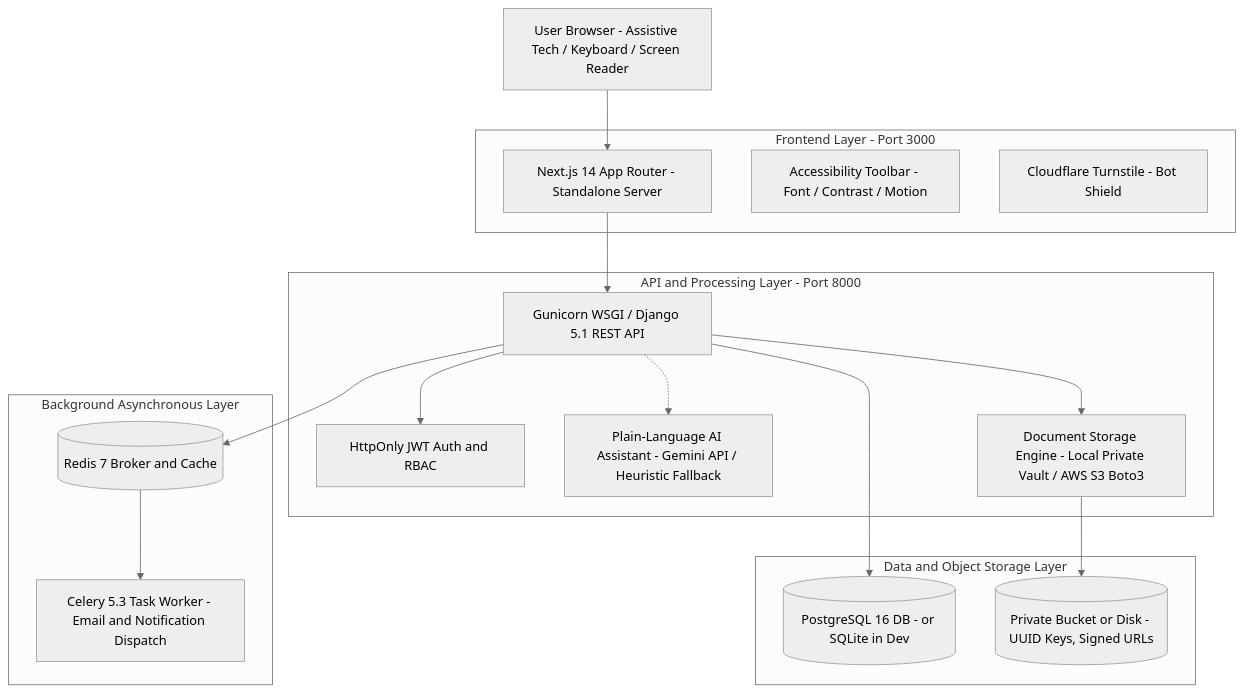
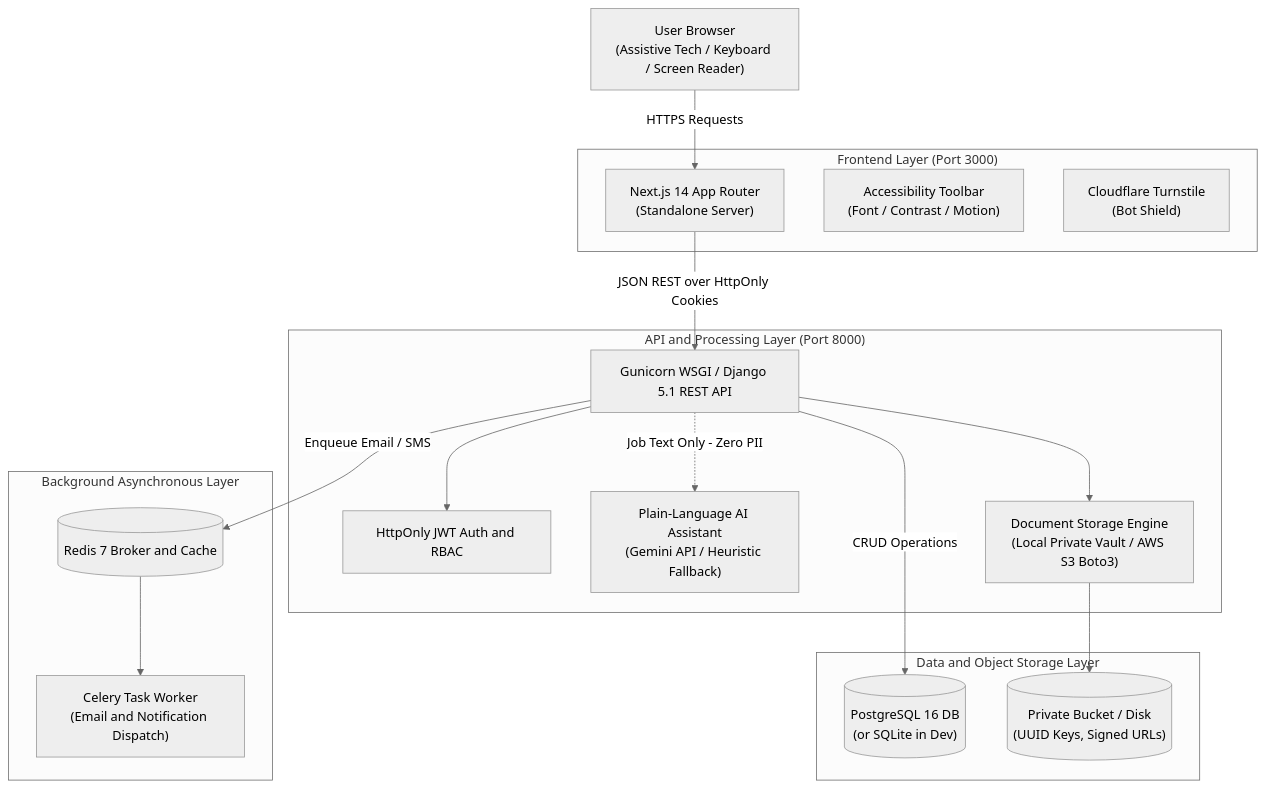
The diagram in README.md (Hetk8406/Udyog-Saarthi-SIH-23), drawn with Mermaid (neutral theme) before and after one commit. The commit also changed other lines of this file, not shown here.

Commit message:
docs: refine README claims, commands, statuses, mermaid syntax, and screenshot rendering

````diff
--- a/README.md
+++ b/README.md
@@ -195,37 +194,37 @@
 ```mermaid
 flowchart TD
-    User["User Browser - Assistive Tech / Keyboard / Screen Reader"]
+    User["User Browser<br/>(Assistive Tech / Keyboard / Screen Reader)"]
 
-    subgraph Frontend["Frontend Layer - Port 3000"]
-        NextJS["Next.js 14 App Router - Standalone Server"]
-        A11yBar["Accessibility Toolbar - Font / Contrast / Motion"]
-        Turnstile["Cloudflare Turnstile - Bot Shield"]
+    subgraph Frontend["Frontend Layer (Port 3000)"]
+        NextJS["Next.js 14 App Router<br/>(Standalone Server)"]
+        A11yBar["Accessibility Toolbar<br/>(Font / Contrast / Motion)"]
+        Turnstile["Cloudflare Turnstile<br/>(Bot Shield)"]
     end
 
-    subgraph Backend["API and Processing Layer - Port 8000"]
+    subgraph Backend["API and Processing Layer (Port 8000)"]
         Gunicorn["Gunicorn WSGI / Django 5.1 REST API"]
         AuthModule["HttpOnly JWT Auth and RBAC"]
-        AIEngine["Plain-Language AI Assistant - Gemini API / Heuristic Fallback"]
-        StorageEngine["Document Storage Engine - Local Private Vault / AWS S3 Boto3"]
+        AIEngine["Plain-Language AI Assistant<br/>(Gemini API / Heuristic Fallback)"]
+        StorageEngine["Document Storage Engine<br/>(Local Private Vault / AWS S3 Boto3)"]
     end
 
     subgraph Workers["Background Asynchronous Layer"]
         Redis[("Redis 7 Broker and Cache")]
-        CeleryWorker["Celery 5.3 Task Worker - Email and Notification Dispatch"]
+        CeleryWorker["Celery Task Worker<br/>(Email and Notification Dispatch)"]
     end
 
     subgraph Storage["Data and Object Storage Layer"]
-        Postgres[("PostgreSQL 16 DB - or SQLite in Dev")]
-        PrivateVault[("Private Bucket or Disk - UUID Keys, Signed URLs")]
+        Postgres[("PostgreSQL 16 DB<br/>(or SQLite in Dev)")]
+        PrivateVault[("Private Bucket / Disk<br/>(UUID Keys, Signed URLs)")]
     end
 
-    User --> NextJS
-    NextJS --> Gunicorn
+    User -->|HTTPS Requests| NextJS
+    NextJS -->|JSON REST over HttpOnly Cookies| Gunicorn
     Gunicorn --> AuthModule
-    Gunicorn --> Postgres
-    Gunicorn --> Redis
+    Gunicorn -->|CRUD Operations| Postgres
+    Gunicorn -->|Enqueue Email / SMS| Redis
     Redis --> CeleryWorker
     Gunicorn --> StorageEngine
     StorageEngine --> PrivateVault
-    Gunicorn -.-> AIEngine
+    Gunicorn -.->|Job Text Only - Zero PII| AIEngine
 ```
````
